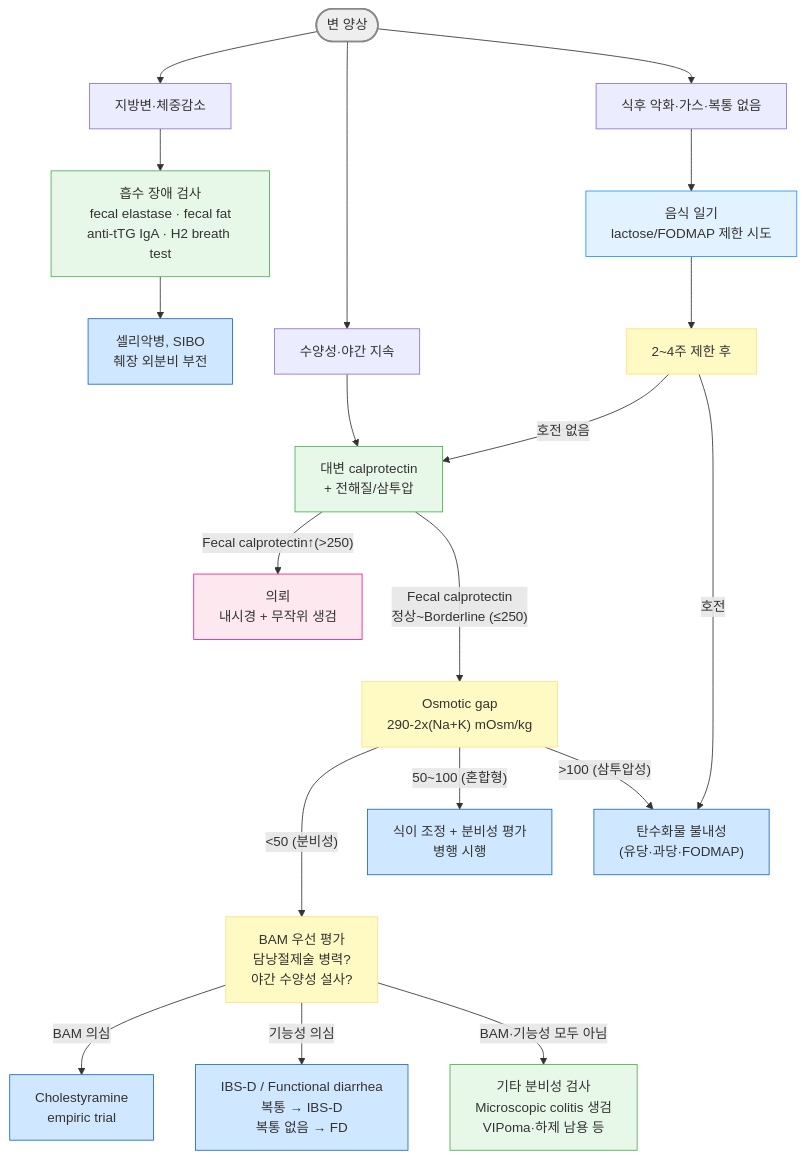
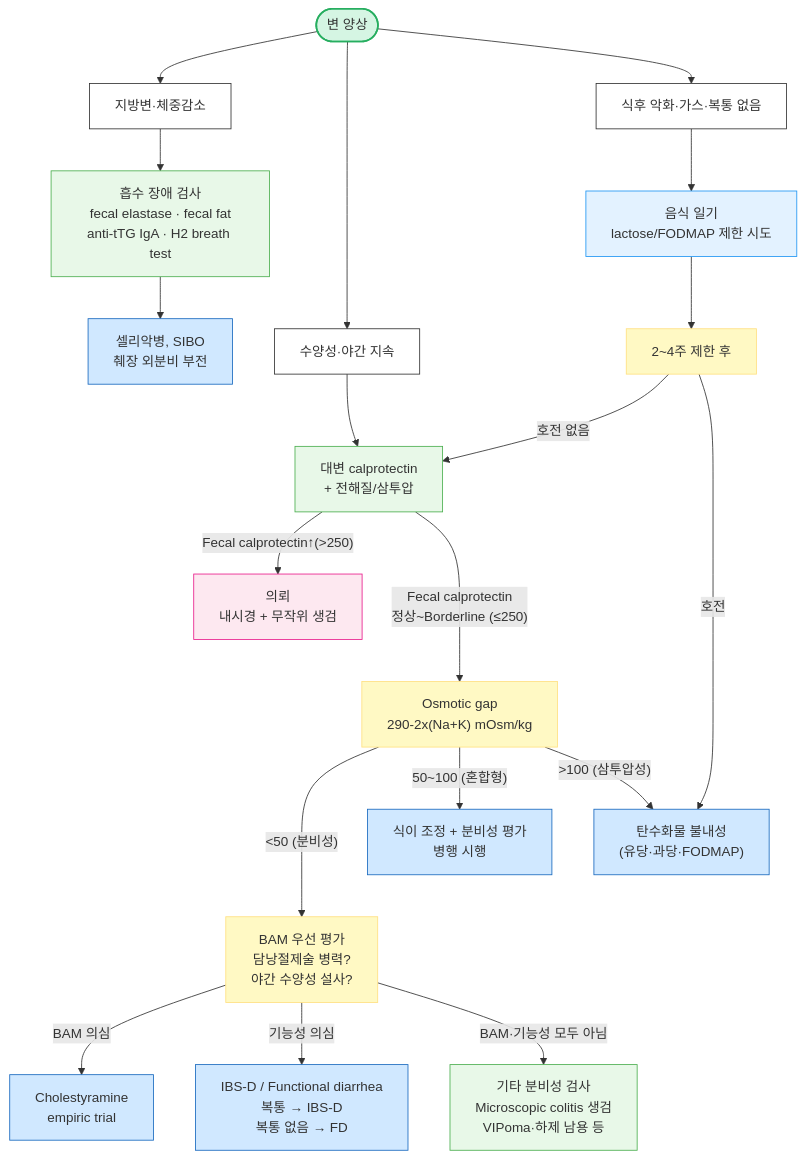
One commit to familyoh77/familyoh77 changed the second of 2 diagrams in 224_/084_-chronic-diarrhea.md. Above: the diagram before and after it, drawn with Mermaid. The commit also changed other lines of this file and 5 other files, not shown here.

````diff
--- a/224_/084_-chronic-diarrhea.md
+++ b/224_/084_-chronic-diarrhea.md
@@ -198,31 +198,31 @@
 ```mermaid
 graph TD
     Phenotype(["변 양상"]) --> A["지방변·체중감소"] --> Malabs["흡수 장애 검사<br/>fecal elastase · fecal fat<br/>anti-tTG IgA · H2 breath test"]
     Phenotype --> B["수양성·야간 지속"] --> WateryDD["대변 calprotectin<br/>+ 전해질/삼투압"]
     Phenotype --> C["식후 악화·가스·복통 없음"] --> OsmoDD["음식 일기<br/>lactose/FODMAP 제한 시도"]
     OsmoDD --> OsmoResult["2~4주 제한 후"]
     OsmoResult -- "호전 없음" --> WateryDD
     Malabs --> MalabsDx["셀리악병, SIBO<br/>췌장 외분비 부전"]
     WateryDD -- "Fecal calprotectin↑(>250)" --> IBDRef["의뢰<br/>내시경 + 무작위 생검"]
     WateryDD -- "Fecal calprotectin <br/>정상~Borderline (≤250)" ---> OsmoGap["Osmotic gap<br/>290-2x(Na+K) mOsm/kg"]
     OsmoGap -- "<50 (분비성)" ---> BAMFirst["BAM 우선 평가<br/>담낭절제술 병력?<br/>야간 수양성 설사?"]
     BAMFirst -- "BAM 의심" --> CholTrial["Cholestyramine<br/>empiric trial"]
     BAMFirst -- "기능성 의심" --> Functional["IBS-D / Functional diarrhea<br/>복통 → IBS-D<br/>복통 없음 → FD"]
     BAMFirst -- "BAM·기능성 모두 아님" --> Secretory2["기타 분비성 검사<br/>Microscopic colitis 생검<br/>VIPoma·하제 남용 등"]
     OsmoGap -- "50~100 (혼합형)" --> MixedEval["식이 조정 + 분비성 평가<br/>병행 시행"]
     OsmoResult -- "호전" --> OsmoDx["탄수화물 불내성<br/>(유당·과당·FODMAP)"]
     OsmoGap -- ">100 (삼투압성)" --> OsmoDx
-    
-
-style Phenotype fill:#eeeeee,stroke:#888888,stroke-width:2px
+classDef white fill:#fff,stroke:#333
+class A,B,C white
+style Phenotype fill:#d5f5e3,stroke:#27ae60,stroke-width:2px
 classDef blue fill:#d0e8ff,stroke:#1a6abf
 class MalabsDx,OsmoDx,MixedEval,CholTrial,Functional blue
 classDef pink fill:#fde8f0,stroke:#e91e8c
 class IBDRef pink
 classDef lightGreen fill:#e8f8e8,stroke:#4caf50
 class Secretory2,Malabs,WateryDD lightGreen
 classDef sky fill:#e3f2ff,stroke:#2196f3
 class OsmoDD sky
 classDef yellow fill:#fff9c4,stroke:#ffe082
 class OsmoResult,OsmoGap,BAMFirst yellow
 ```
````
